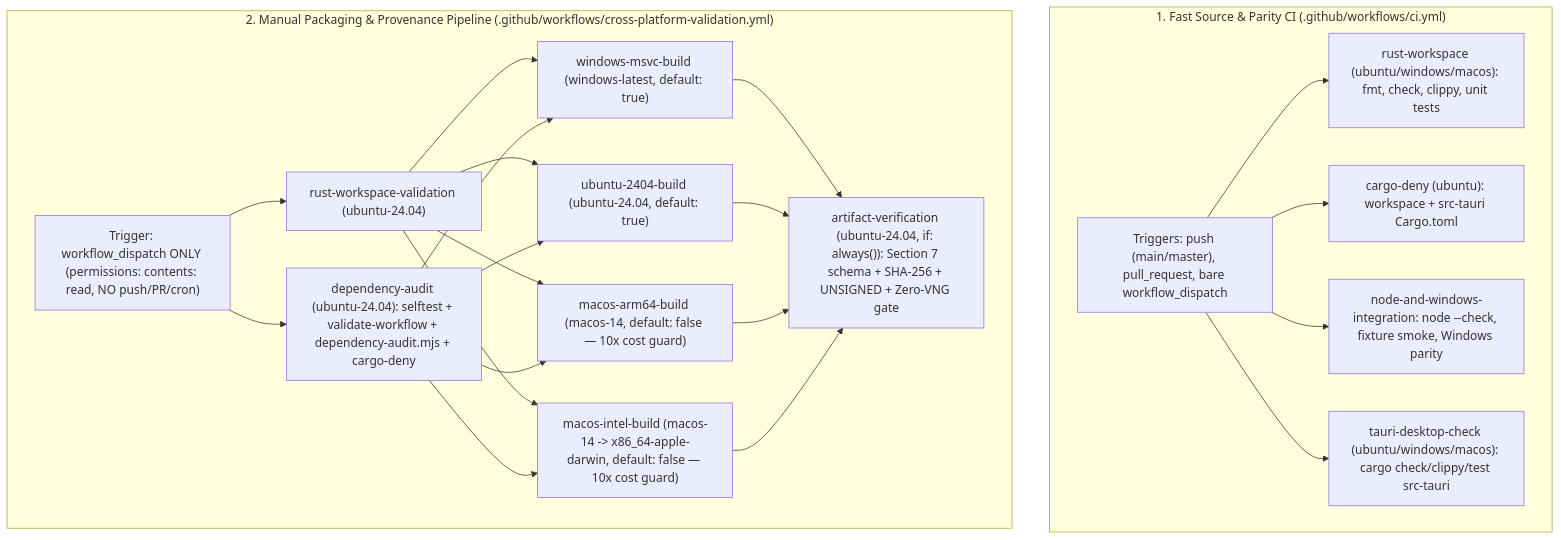
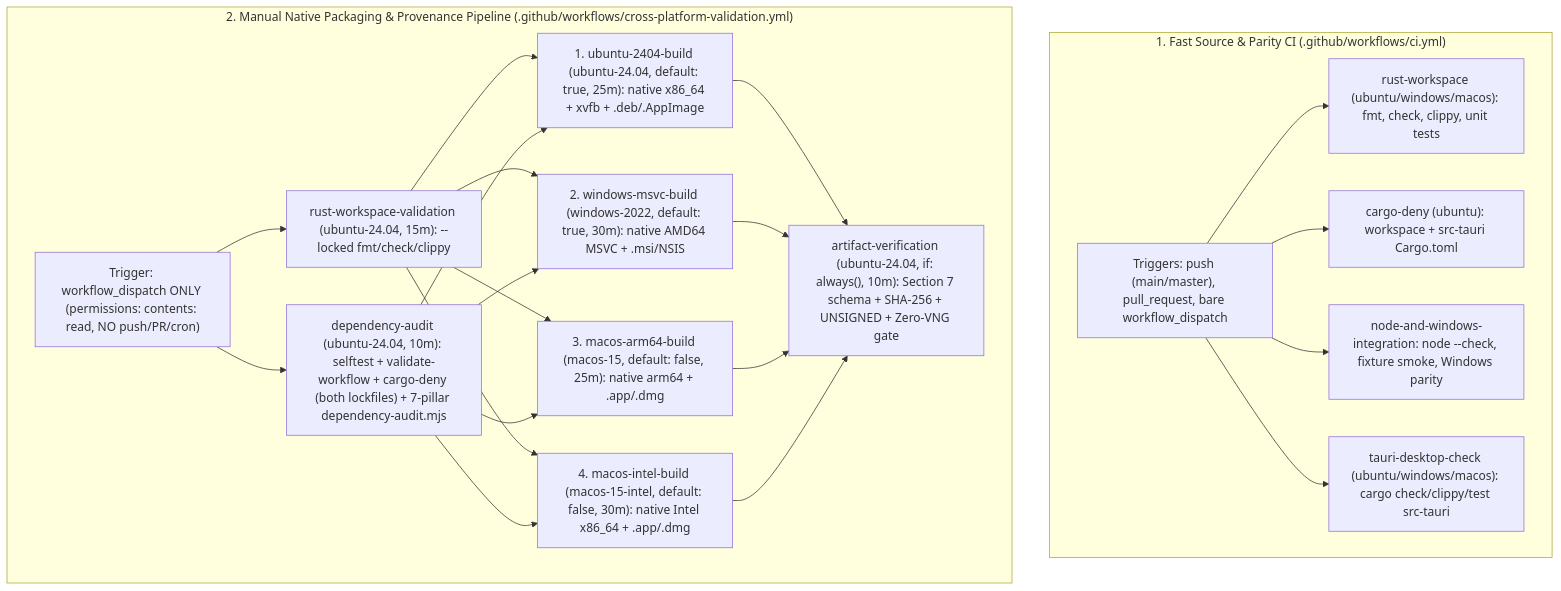
Before and after one commit to manhquydev/nexadock: the diagram in desktop-instance-manager/docs/packaging/build-matrix.md, drawn with Mermaid. The commit also changed other lines of this file and 6 other files, not shown here.

Commit message:
docs(packaging): add ci-execution validation report and align cross-platform guides

````diff
--- a/desktop-instance-manager/docs/packaging/build-matrix.md
+++ b/desktop-instance-manager/docs/packaging/build-matrix.md
@@ -53,25 +49,25 @@
 ```mermaid
 flowchart TD
     subgraph FastCI["1. Fast Source & Parity CI (.github/workflows/ci.yml)"]
         T1["Triggers: push (main/master), pull_request, bare workflow_dispatch"]
         J1["rust-workspace (ubuntu/windows/macos): fmt, check, clippy, unit tests"]
         J2["cargo-deny (ubuntu): workspace + src-tauri Cargo.toml"]
         J3["node-and-windows-integration: node --check, fixture smoke, Windows parity"]
         J4["tauri-desktop-check (ubuntu/windows/macos): cargo check/clippy/test src-tauri"]
         T1 --> J1 & J2 & J3 & J4
     end
 
-    subgraph PackCI["2. Manual Packaging & Provenance Pipeline (.github/workflows/cross-platform-validation.yml)"]
+    subgraph PackCI["2. Manual Native Packaging & Provenance Pipeline (.github/workflows/cross-platform-validation.yml)"]
         T2["Trigger: workflow_dispatch ONLY (permissions: contents: read, NO push/PR/cron)"]
-        G1["rust-workspace-validation (ubuntu-24.04)"]
-        G2["dependency-audit (ubuntu-24.04): selftest + validate-workflow + dependency-audit.mjs + cargo-deny"]
-        B1["windows-msvc-build (windows-latest, default: true)"]
-        B2["ubuntu-2404-build (ubuntu-24.04, default: true)"]
-        B3["macos-arm64-build (macos-14, default: false — 10x cost guard)"]
-        B4["macos-intel-build (macos-14 -> x86_64-apple-darwin, default: false — 10x cost guard)"]
-        V1["artifact-verification (ubuntu-24.04, if: always()): Section 7 schema + SHA-256 + UNSIGNED + Zero-VNG gate"]
+        G1["rust-workspace-validation (ubuntu-24.04, 15m): --locked fmt/check/clippy"]
+        G2["dependency-audit (ubuntu-24.04, 10m): selftest + validate-workflow + cargo-deny (both lockfiles) + 7-pillar dependency-audit.mjs"]
+        B1["1. ubuntu-2404-build (ubuntu-24.04, default: true, 25m): native x86_64 + xvfb + .deb/.AppImage"]
+        B2["2. windows-msvc-build (windows-2022, default: true, 30m): native AMD64 MSVC + .msi/NSIS"]
+        B3["3. macos-arm64-build (macos-15, default: false, 25m): native arm64 + .app/.dmg"]
+        B4["4. macos-intel-build (macos-15-intel, default: false, 30m): native Intel x86_64 + .app/.dmg"]
+        V1["artifact-verification (ubuntu-24.04, if: always(), 10m): Section 7 schema + SHA-256 + UNSIGNED + Zero-VNG gate"]
         T2 --> G1 & G2
         G1 & G2 --> B1 & B2 & B3 & B4
         B1 & B2 & B3 & B4 --> V1
     end
 ```
````
